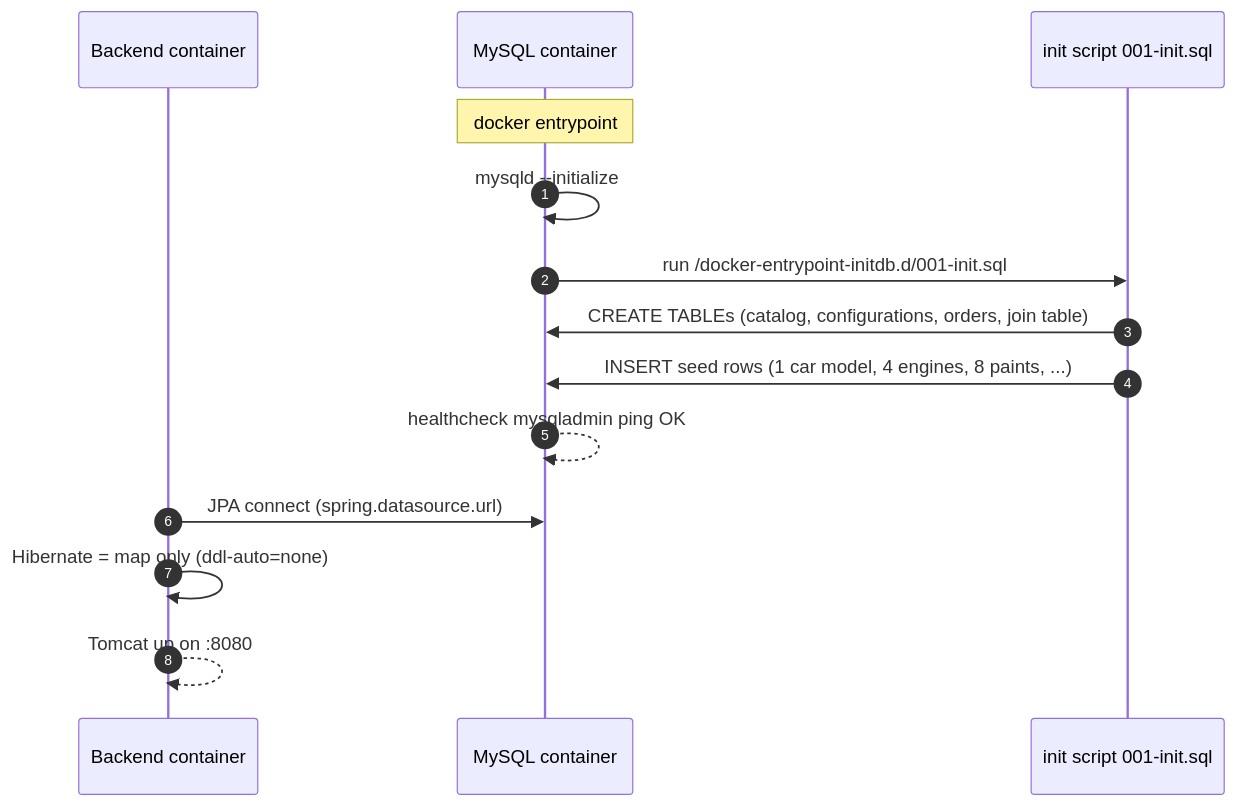
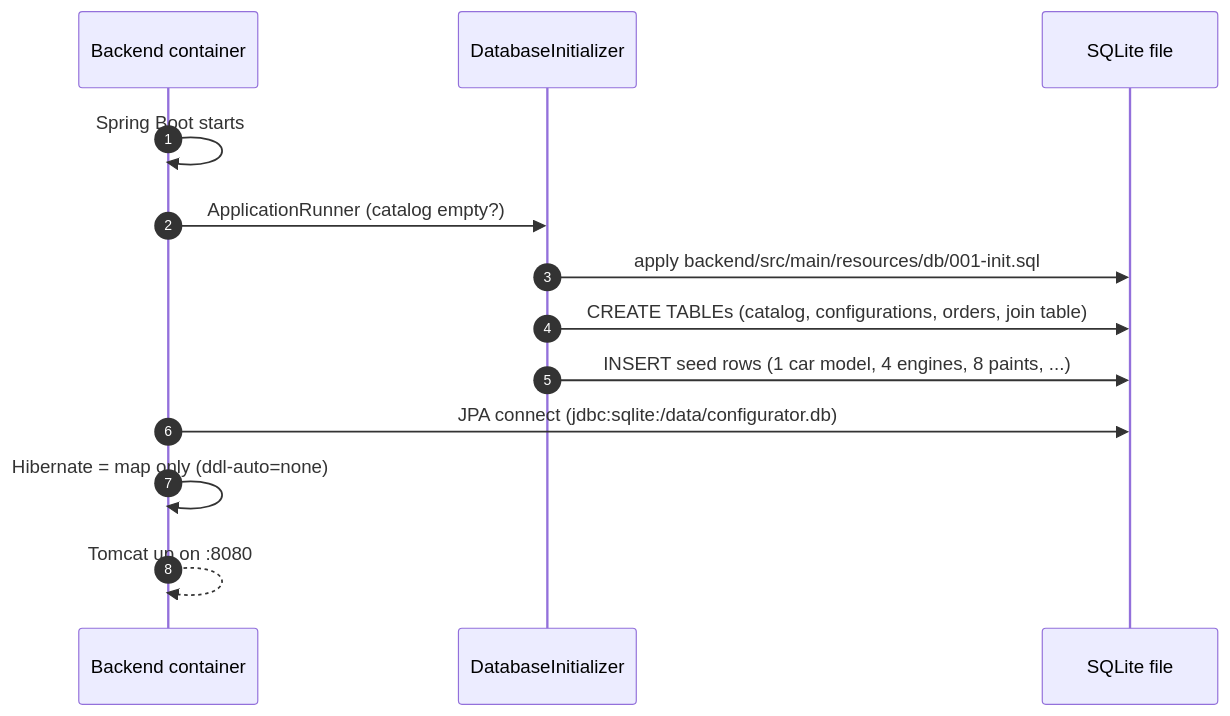
Before and after one commit to fbrase799/vehicle_configurator: the sixth of 6 diagrams in docs/arc42/06-runtime-view.md, drawn with Mermaid. The commit also changed other lines of this file and 49 other files, not shown here.

````diff
--- a/docs/arc42/06-runtime-view.md
+++ b/docs/arc42/06-runtime-view.md
@@ -153,18 +153,16 @@
 ```mermaid
 sequenceDiagram
     autonumber
     participant BE as Backend container
-    participant DB as MySQL container
-    participant Init as init script 001-init.sql
+    participant Init as DatabaseInitializer
+    participant DB as SQLite file
 
-    Note over DB: docker entrypoint
-    DB->>DB: mysqld --initialize
-    DB->>Init: run /docker-entrypoint-initdb.d/001-init.sql
+    BE->>BE: Spring Boot starts
+    BE->>Init: ApplicationRunner (catalog empty?)
+    Init->>DB: apply backend/src/main/resources/db/001-init.sql
     Init->>DB: CREATE TABLEs (catalog, configurations, orders, join table)
     Init->>DB: INSERT seed rows (1 car model, 4 engines, 8 paints, ...)
-    DB-->>DB: healthcheck mysqladmin ping OK
-
-    BE->>DB: JPA connect (spring.datasource.url)
+    BE->>DB: JPA connect (jdbc:sqlite:/data/configurator.db)
     BE->>BE: Hibernate = map only (ddl-auto=none)
     BE-->>BE: Tomcat up on :8080
 ```
````
